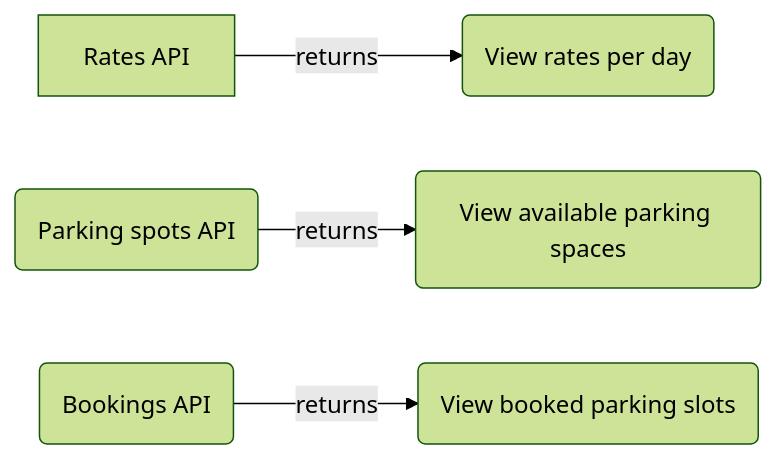
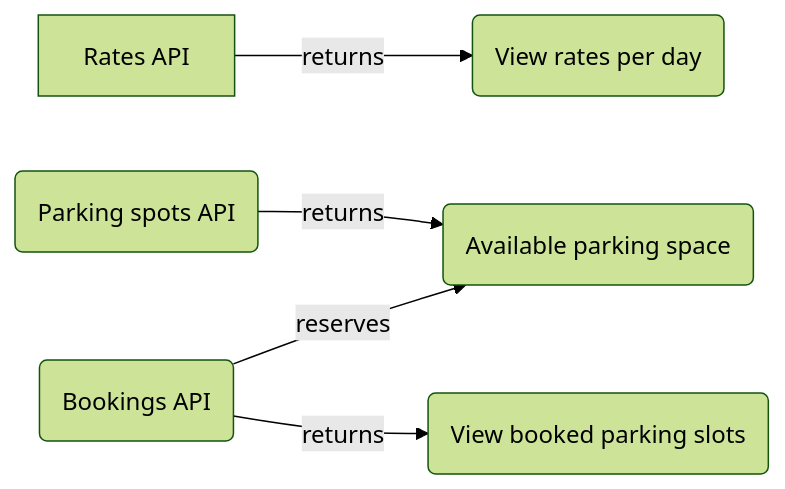
The diagram in README.md (alsyedz-examples/parking-system), drawn with Mermaid (forest theme) before and after one commit.

````diff
--- a/README.md
+++ b/README.md
@@ -25,6 +25,7 @@
 ```mermaid
 graph LR
 A[Rates API] -- returns --> B(View rates per day)
 C(Parking spots API) -- returns --> D(View available parking spaces)
 E(Bookings API) -- returns --> F(View booked parking slots)
+E(Bookings API) -- reserves --> D(Available parking space)
 ```
````
